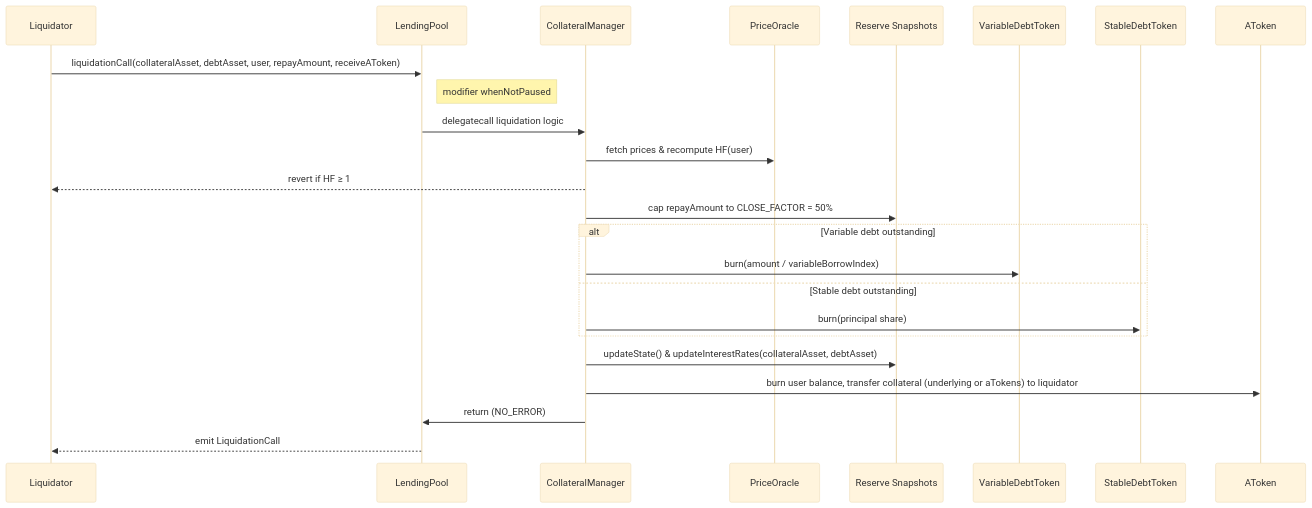
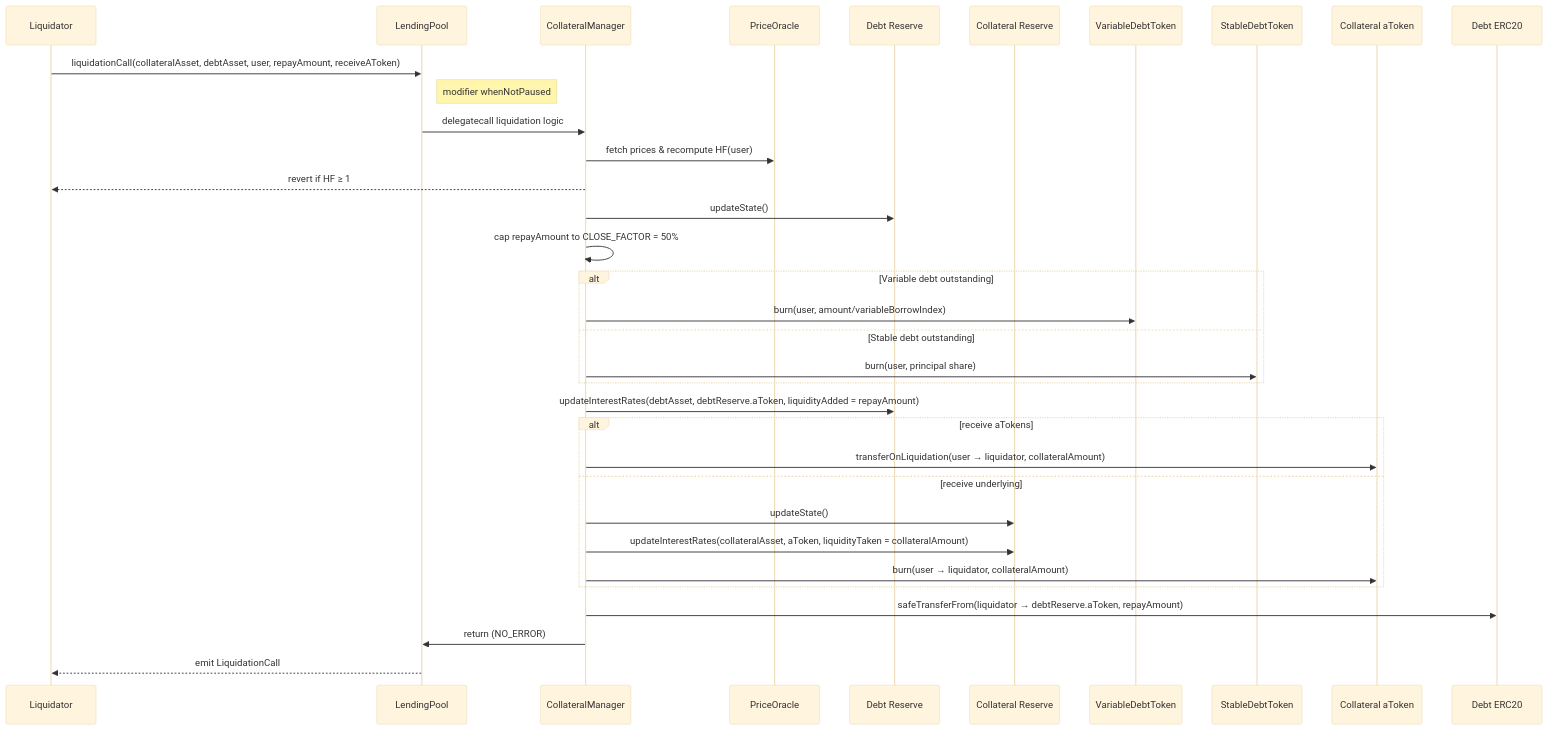
One commit to MrDoSSS/aave-v2-docs changed the third of 3 diagrams in docs/flows.md. Above: the diagram before and after it, drawn with Mermaid (base theme). The commit also changed other lines of this file, not shown here.

Commit message:
chore: update flow

````diff
--- a/docs/flows.md
+++ b/docs/flows.md
@@ -63,27 +64,37 @@
 ```mermaid
 sequenceDiagram
     participant K as Liquidator
     participant LP as LendingPool
     participant CM as CollateralManager
     participant PO as PriceOracle
-    participant RS as Reserve Snapshots
+    participant dR as Debt Reserve
+    participant cR as Collateral Reserve
     participant vD as VariableDebtToken
     participant sD as StableDebtToken
-    participant aT as AToken
+    participant aT as Collateral aToken
+    participant TokD as Debt ERC20
 
     K->>LP: liquidationCall(collateralAsset, debtAsset, user, repayAmount, receiveAToken)
     note right of LP: modifier whenNotPaused
     LP->>CM: delegatecall liquidation logic
     CM->>PO: fetch prices & recompute HF(user)
     CM-->>K: revert if HF ≥ 1
-    CM->>RS: cap repayAmount to CLOSE_FACTOR = 50%
+    CM->>dR: updateState()
+    CM->>CM: cap repayAmount to CLOSE_FACTOR = 50%
     alt Variable debt outstanding
-        CM->>vD: burn(amount / variableBorrowIndex)
+        CM->>vD: burn(user, amount/variableBorrowIndex)
     else Stable debt outstanding
-        CM->>sD: burn(principal share)
+        CM->>sD: burn(user, principal share)
     end
-    CM->>RS: updateState() & updateInterestRates(collateralAsset, debtAsset)
-    CM->>aT: burn user balance, transfer collateral (underlying or aTokens) to liquidator
+    CM->>dR: updateInterestRates(debtAsset, debtReserve.aToken, liquidityAdded = repayAmount)
+    alt receive aTokens
+        CM->>aT: transferOnLiquidation(user → liquidator, collateralAmount)
+    else receive underlying
+        CM->>cR: updateState()
+        CM->>cR: updateInterestRates(collateralAsset, aToken, liquidityTaken = collateralAmount)
+        CM->>aT: burn(user → liquidator, collateralAmount)
+    end
+    CM->>TokD: safeTransferFrom(liquidator → debtReserve.aToken, repayAmount)
     CM->>LP: return (NO_ERROR)
     LP-->>K: emit LiquidationCall
 ```
````
